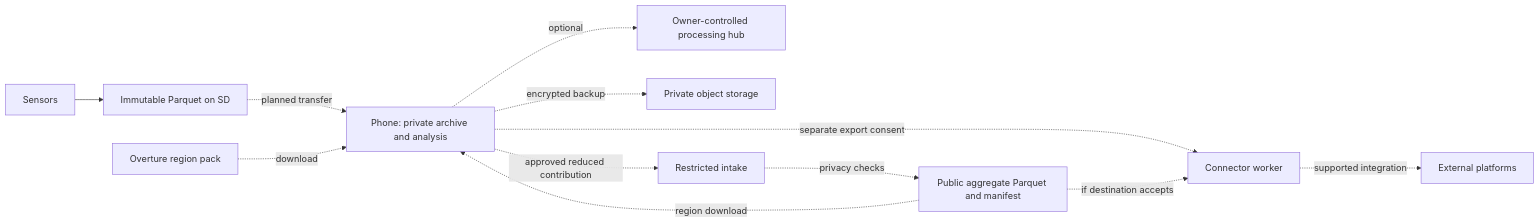
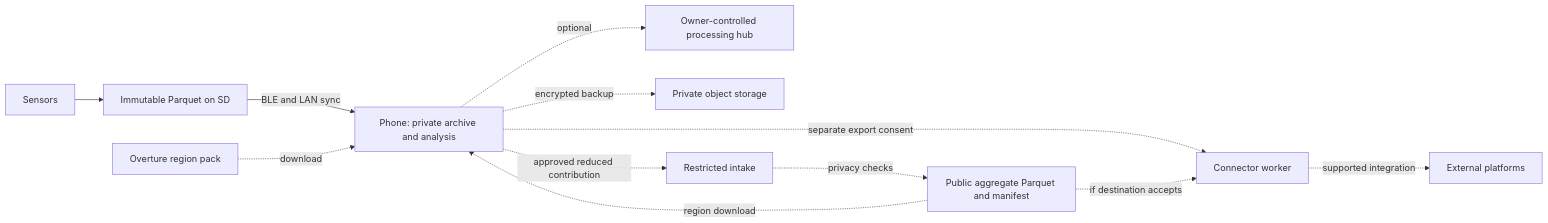
The first of 3 diagrams in product/mobile-architecture.md (walkthru-earth/opensensor-space-firmware), drawn with Mermaid before and after one commit. The commit also changed other lines of this file and 8 other files, not shown here.

````diff
--- a/product/mobile-architecture.md
+++ b/product/mobile-architecture.md
@@ -9,14 +9,14 @@
 ```mermaid
 flowchart LR
     S[Sensors] --> P[Immutable Parquet on SD]
-    P -. planned transfer .-> A[Phone: private archive and analysis]
+    P -- BLE and LAN sync --> A[Phone: private archive and analysis]
     A -. optional .-> H[Owner-controlled processing hub]
     A -. encrypted backup .-> B[Private object storage]
     A -. approved reduced contribution .-> C[Restricted intake]
     C -. privacy checks .-> R[Public aggregate Parquet and manifest]
     R -. region download .-> A
     O[Overture region pack] -. download .-> A
     A -. separate export consent .-> W[Connector worker]
     R -. if destination accepts .-> W
     W -. supported integration .-> V[External platforms]
 ```
````
